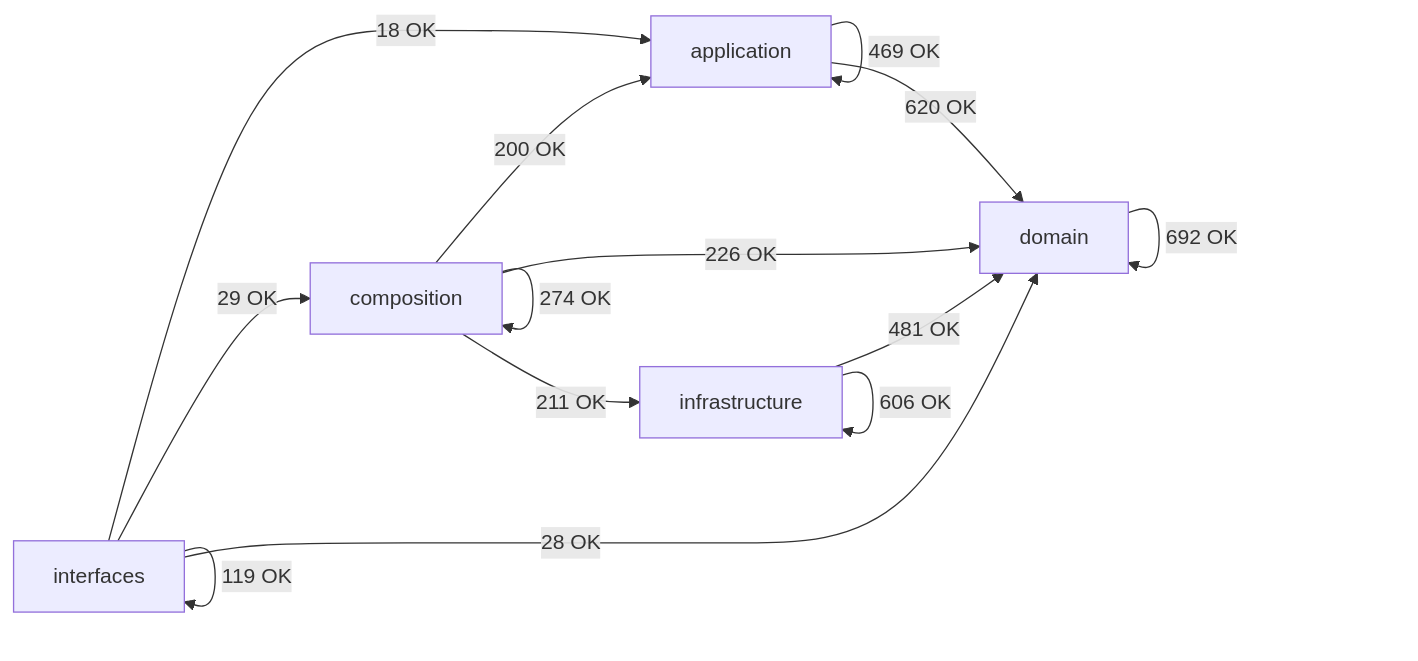
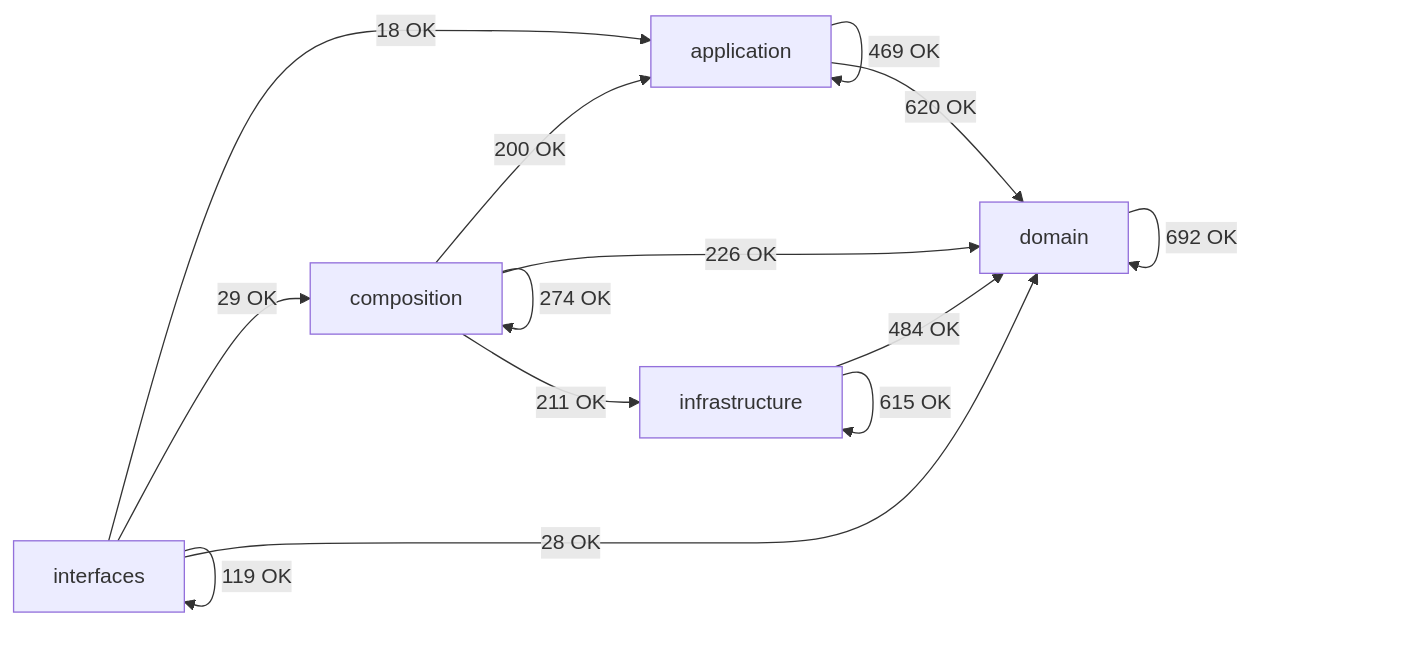
One commit to SatoryKono/BioactivityDataAcquisition changed the diagram in docs/02-architecture/generated/module-dependency-map.md. Above: the diagram before and after it, drawn with Mermaid. The commit also changed other lines of this file and 36 other files, not shown here.

````diff
--- a/docs/02-architecture/generated/module-dependency-map.md
+++ b/docs/02-architecture/generated/module-dependency-map.md
@@ -16,21 +16,21 @@
 ```mermaid
 flowchart LR
     domain[domain]
     application[application]
     infrastructure[infrastructure]
     composition[composition]
     interfaces[interfaces]
     application -->|469 OK| application
     application -->|620 OK| domain
     composition -->|200 OK| application
     composition -->|274 OK| composition
     composition -->|226 OK| domain
     composition -->|211 OK| infrastructure
     domain -->|692 OK| domain
-    infrastructure -->|481 OK| domain
-    infrastructure -->|606 OK| infrastructure
+    infrastructure -->|484 OK| domain
+    infrastructure -->|615 OK| infrastructure
     interfaces -->|18 OK| application
     interfaces -->|29 OK| composition
     interfaces -->|28 OK| domain
     interfaces -->|119 OK| interfaces
 ```
````
